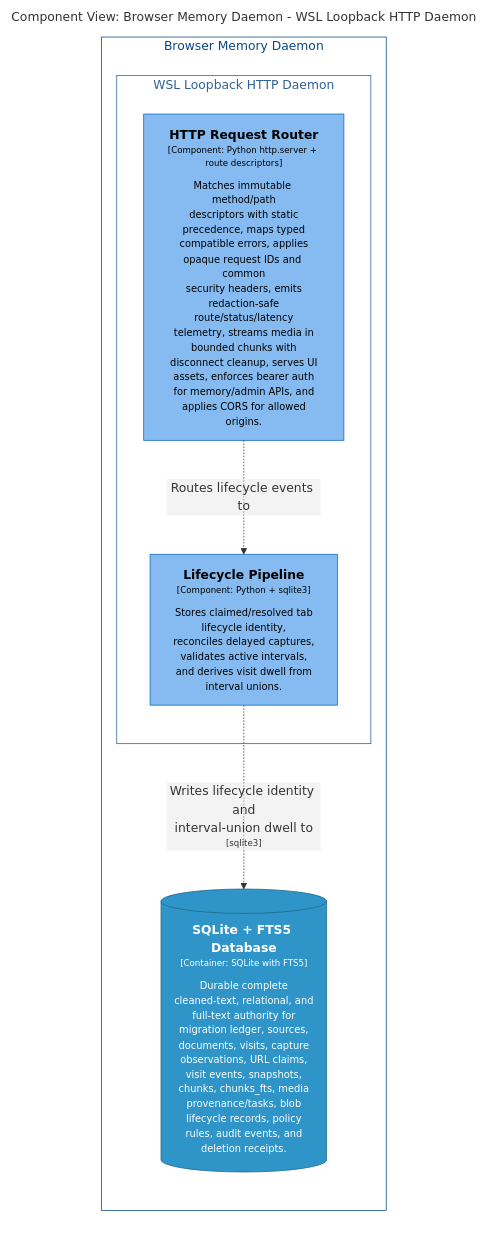
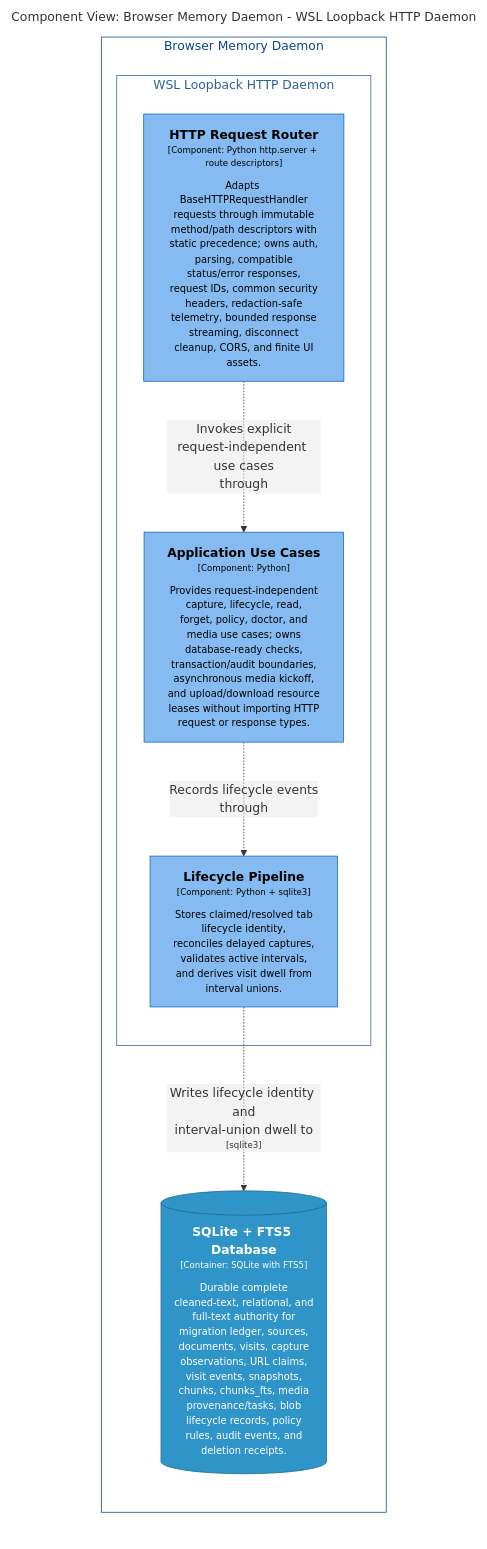
One commit to michaelnicks0/browser-memory-daemon changed the diagram in docs/architecture/diagrams/markdown/DaemonLifecycleComponents.md. Above: the diagram before and after it, drawn with Mermaid. The commit also changed 189 other files, not shown here.

Commit message:
refactor(http): extract application use cases

````diff
--- a/docs/architecture/diagrams/markdown/DaemonLifecycleComponents.md
+++ b/docs/architecture/diagrams/markdown/DaemonLifecycleComponents.md
@@ -16,28 +16,31 @@
 ```mermaid
 graph LR
   linkStyle default fill:#ffffff
 
   subgraph diagram ["Component View: Browser Memory Daemon - WSL Loopback HTTP Daemon"]
     style diagram fill:#ffffff,stroke:#ffffff
 
     subgraph 4 ["Browser Memory Daemon"]
       style 4 fill:#ffffff,stroke:#0b4884,color:#0b4884
 
       subgraph 22 ["WSL Loopback HTTP Daemon"]
         style 22 fill:#ffffff,stroke:#2e6295,color:#2e6295
 
-        23["<div style='font-weight: bold'>HTTP Request Router</div><div style='font-size: 70%; margin-top: 0px'>[Component: Python http.server + route descriptors]</div><div style='font-size: 80%; margin-top:10px'>Matches immutable method/path<br />descriptors with static<br />precedence, maps typed<br />compatible errors, applies<br />opaque request IDs and common<br />security headers, emits<br />redaction-safe<br />route/status/latency<br />telemetry, streams media in<br />bounded chunks with<br />disconnect cleanup, serves UI<br />assets, enforces bearer auth<br />for memory/admin APIs, and<br />applies CORS for allowed<br />origins.</div>"]
+        23["<div style='font-weight: bold'>HTTP Request Router</div><div style='font-size: 70%; margin-top: 0px'>[Component: Python http.server + route descriptors]</div><div style='font-size: 80%; margin-top:10px'>Adapts BaseHTTPRequestHandler<br />requests through immutable<br />method/path descriptors with<br />static precedence; owns auth,<br />parsing, compatible<br />status/error responses,<br />request IDs, common security<br />headers, redaction-safe<br />telemetry, bounded response<br />streaming, disconnect<br />cleanup, CORS, and finite UI<br />assets.</div>"]
         style 23 fill:#85bbf0,stroke:#1168bd,color:#000000
-        28["<div style='font-weight: bold'>Lifecycle Pipeline</div><div style='font-size: 70%; margin-top: 0px'>[Component: Python + sqlite3]</div><div style='font-size: 80%; margin-top:10px'>Stores claimed/resolved tab<br />lifecycle identity,<br />reconciles delayed captures,<br />validates active intervals,<br />and derives visit dwell from<br />interval unions.</div>"]
-        style 28 fill:#85bbf0,stroke:#1168bd,color:#000000
+        24["<div style='font-weight: bold'>Application Use Cases</div><div style='font-size: 70%; margin-top: 0px'>[Component: Python]</div><div style='font-size: 80%; margin-top:10px'>Provides request-independent<br />capture, lifecycle, read,<br />forget, policy, doctor, and<br />media use cases; owns<br />database-ready checks,<br />transaction/audit boundaries,<br />asynchronous media kickoff,<br />and upload/download resource<br />leases without importing HTTP<br />request or response types.</div>"]
+        style 24 fill:#85bbf0,stroke:#1168bd,color:#000000
+        29["<div style='font-weight: bold'>Lifecycle Pipeline</div><div style='font-size: 70%; margin-top: 0px'>[Component: Python + sqlite3]</div><div style='font-size: 80%; margin-top:10px'>Stores claimed/resolved tab<br />lifecycle identity,<br />reconciles delayed captures,<br />validates active intervals,<br />and derives visit dwell from<br />interval unions.</div>"]
+        style 29 fill:#85bbf0,stroke:#1168bd,color:#000000
       end
 
-      47[("<div style='font-weight: bold'>SQLite + FTS5 Database</div><div style='font-size: 70%; margin-top: 0px'>[Container: SQLite with FTS5]</div><div style='font-size: 80%; margin-top:10px'>Durable complete<br />cleaned-text, relational, and<br />full-text authority for<br />migration ledger, sources,<br />documents, visits, capture<br />observations, URL claims,<br />visit events, snapshots,<br />chunks, chunks_fts, media<br />provenance/tasks, blob<br />lifecycle records, policy<br />rules, audit events, and<br />deletion receipts.</div>")]
-      style 47 fill:#2f95c8,stroke:#20688c,color:#ffffff
+      48[("<div style='font-weight: bold'>SQLite + FTS5 Database</div><div style='font-size: 70%; margin-top: 0px'>[Container: SQLite with FTS5]</div><div style='font-size: 80%; margin-top:10px'>Durable complete<br />cleaned-text, relational, and<br />full-text authority for<br />migration ledger, sources,<br />documents, visits, capture<br />observations, URL claims,<br />visit events, snapshots,<br />chunks, chunks_fts, media<br />provenance/tasks, blob<br />lifecycle records, policy<br />rules, audit events, and<br />deletion receipts.</div>")]
+      style 48 fill:#2f95c8,stroke:#20688c,color:#ffffff
     end
 
-    23-. "<div>Routes lifecycle events to</div><div style='font-size: 70%'></div>" .->28
-    28-. "<div>Writes lifecycle identity and<br />interval-union dwell to</div><div style='font-size: 70%'>[sqlite3]</div>" .->47
+    23-. "<div>Invokes explicit<br />request-independent use cases<br />through</div><div style='font-size: 70%'></div>" .->24
+    24-. "<div>Records lifecycle events<br />through</div><div style='font-size: 70%'></div>" .->29
+    29-. "<div>Writes lifecycle identity and<br />interval-union dwell to</div><div style='font-size: 70%'>[sqlite3]</div>" .->48
 
   end
 ```
````
